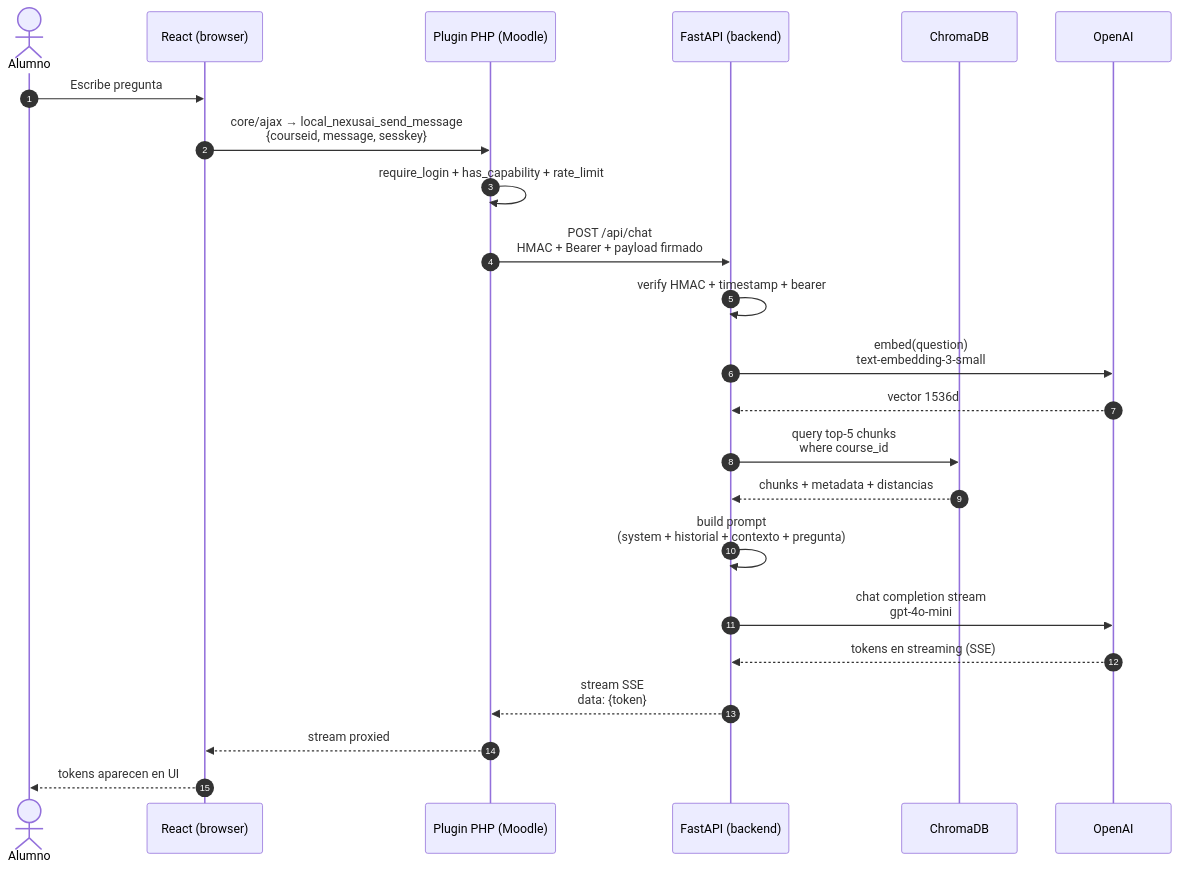
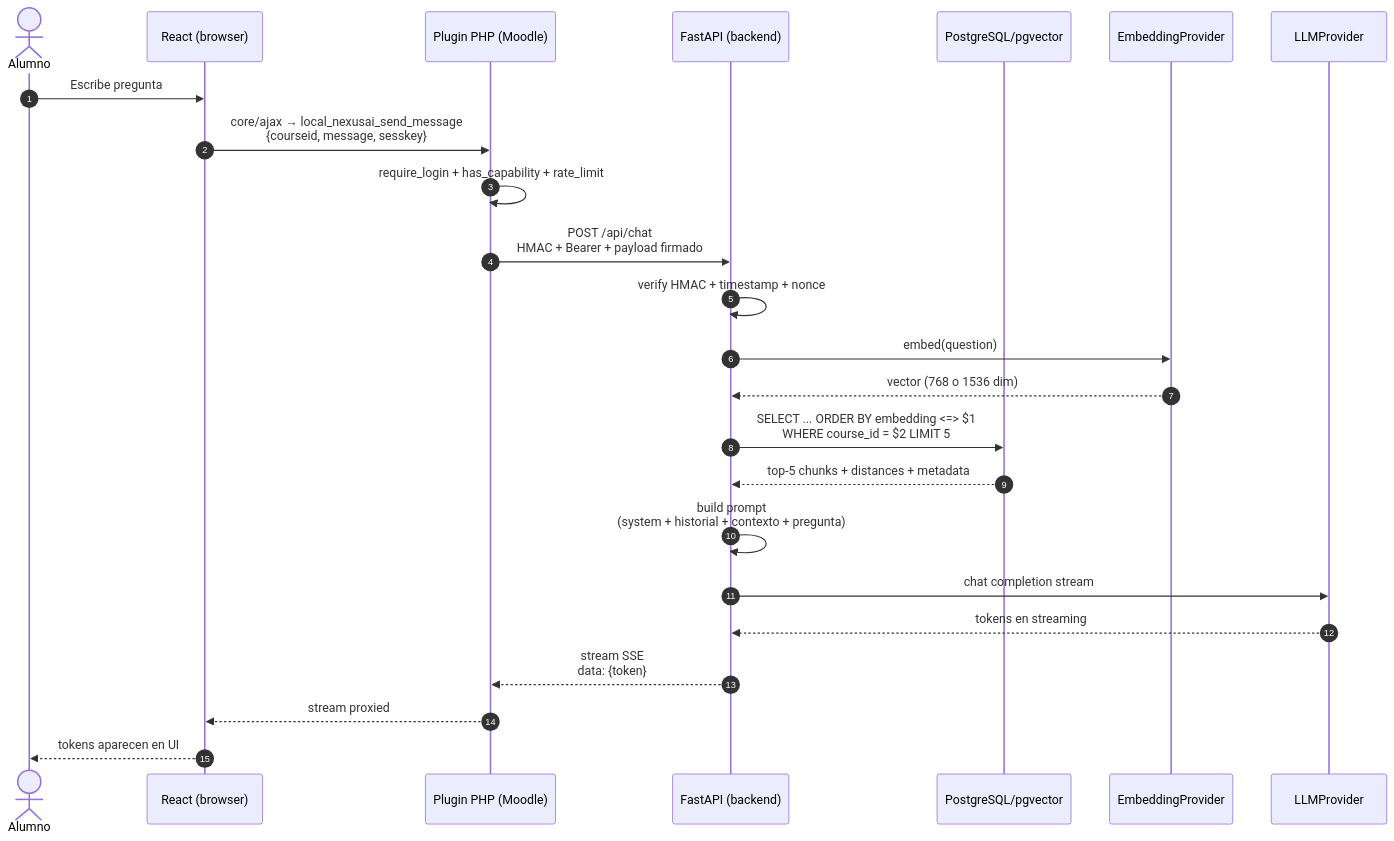
Before and after one commit to nexusai-ucc/nexusAI: the second of 6 diagrams in NexusAI/docs/architecture.md, drawn with Mermaid. The commit also changed other lines of this file and 15 other files, not shown here.

````diff
--- a/NexusAI/docs/architecture.md
+++ b/NexusAI/docs/architecture.md
@@ -77,26 +87,27 @@
 ```mermaid
 sequenceDiagram
     autonumber
     actor A as Alumno
     participant R as React (browser)
     participant P as Plugin PHP (Moodle)
     participant F as FastAPI (backend)
-    participant C as ChromaDB
-    participant O as OpenAI
+    participant PG as PostgreSQL/pgvector
+    participant E as EmbeddingProvider
+    participant L as LLMProvider
 
     A->>R: Escribe pregunta
     R->>P: core/ajax → local_nexusai_send_message<br/>{courseid, message, sesskey}
     P->>P: require_login + has_capability + rate_limit
     P->>F: POST /api/chat<br/>HMAC + Bearer + payload firmado
-    F->>F: verify HMAC + timestamp + bearer
-    F->>O: embed(question)<br/>text-embedding-3-small
-    O-->>F: vector 1536d
-    F->>C: query top-5 chunks<br/>where course_id
-    C-->>F: chunks + metadata + distancias
+    F->>F: verify HMAC + timestamp + nonce
+    F->>E: embed(question)
+    E-->>F: vector (768 o 1536 dim)
+    F->>PG: SELECT ... ORDER BY embedding <=> $1<br/>WHERE course_id = $2 LIMIT 5
+    PG-->>F: top-5 chunks + distances + metadata
     F->>F: build prompt<br/>(system + historial + contexto + pregunta)
-    F->>O: chat completion stream<br/>gpt-4o-mini
-    O-->>F: tokens en streaming (SSE)
+    F->>L: chat completion stream
+    L-->>F: tokens en streaming
     F-->>P: stream SSE<br/>data: {token}
     P-->>R: stream proxied
     R-->>A: tokens aparecen en UI
 ```
````
